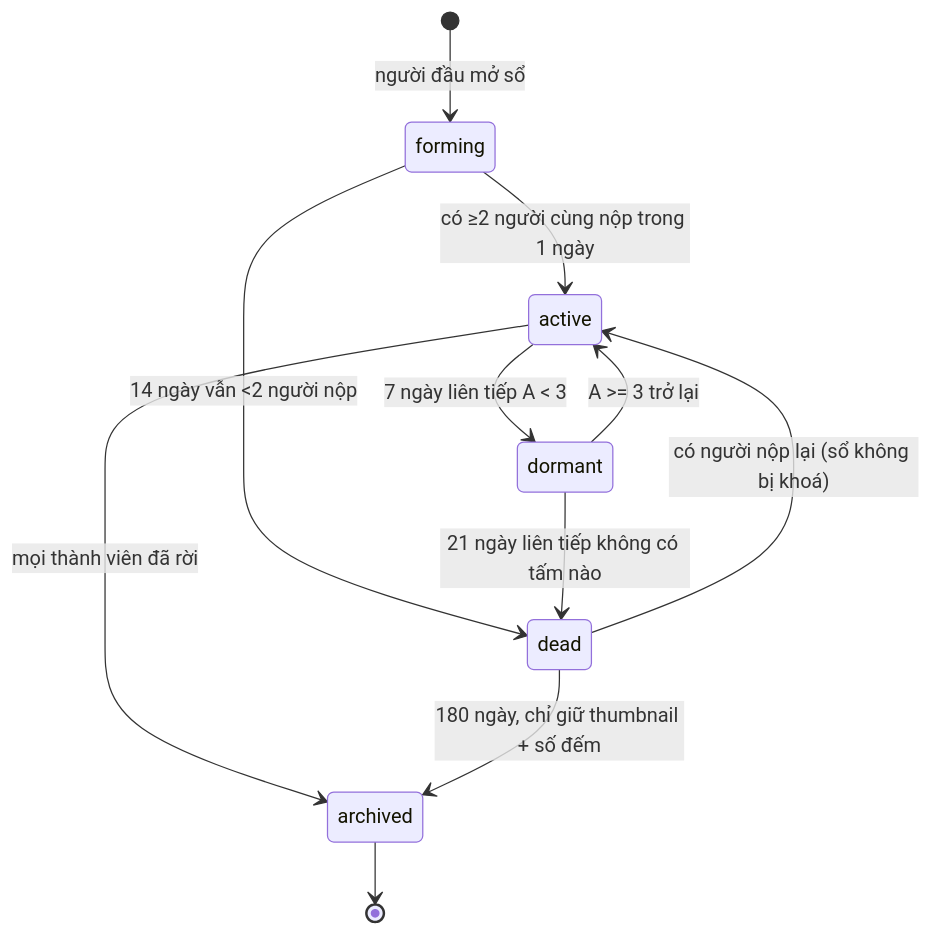
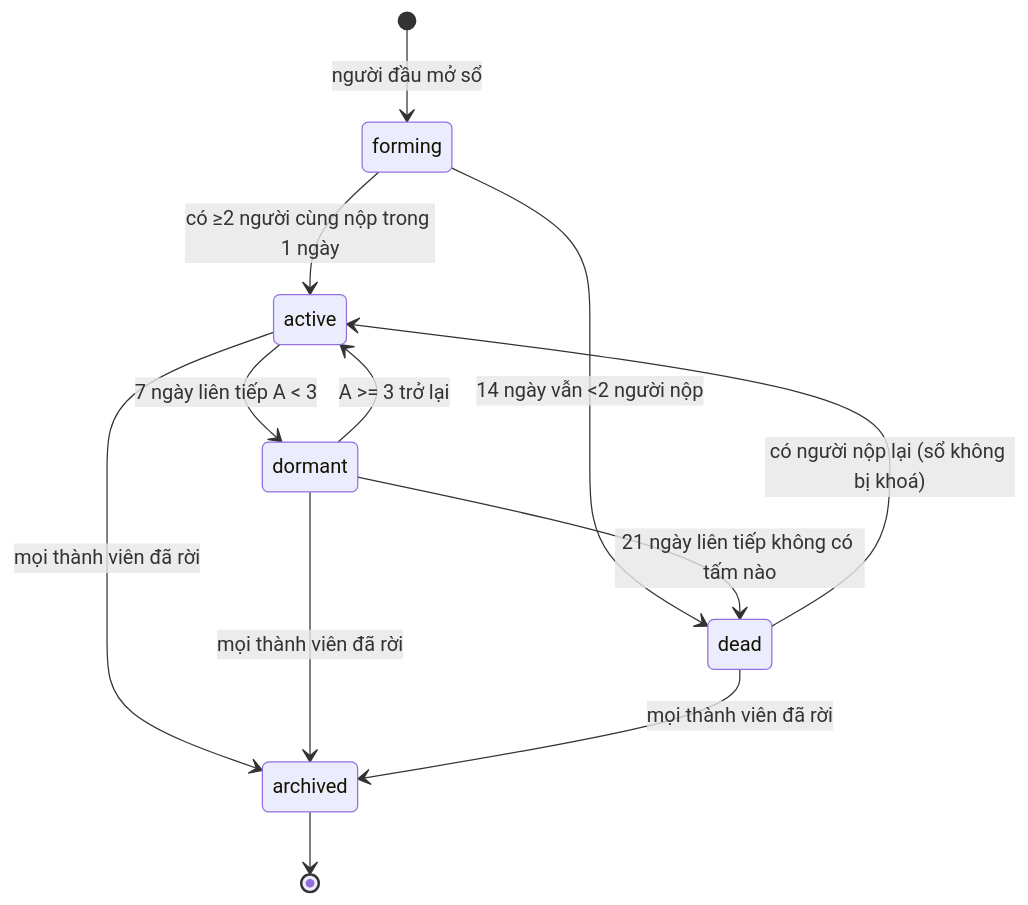
Before and after one commit to Mrnobody102/teemi: the third of 5 diagrams in docs/plan/04-data-model-va-co-che.md, drawn with Mermaid. The commit also changed other lines of this file and 22 other files, not shown here.

````diff
--- a/docs/plan/04-data-model-va-co-che.md
+++ b/docs/plan/04-data-model-va-co-che.md
@@ -704,13 +732,14 @@
 ```mermaid
 stateDiagram-v2
     [*] --> forming: người đầu mở sổ
     forming --> active: có ≥2 người cùng nộp trong 1 ngày
     forming --> dead: 14 ngày vẫn <2 người nộp
     active --> dormant: 7 ngày liên tiếp A < 3
     dormant --> active: A >= 3 trở lại
     dormant --> dead: 21 ngày liên tiếp không có tấm nào
     dead --> active: có người nộp lại (sổ không bị khoá)
     active --> archived: mọi thành viên đã rời
-    dead --> archived: 180 ngày, chỉ giữ thumbnail + số đếm
+    dormant --> archived: mọi thành viên đã rời
+    dead --> archived: mọi thành viên đã rời
     archived --> [*]
 ```
````
